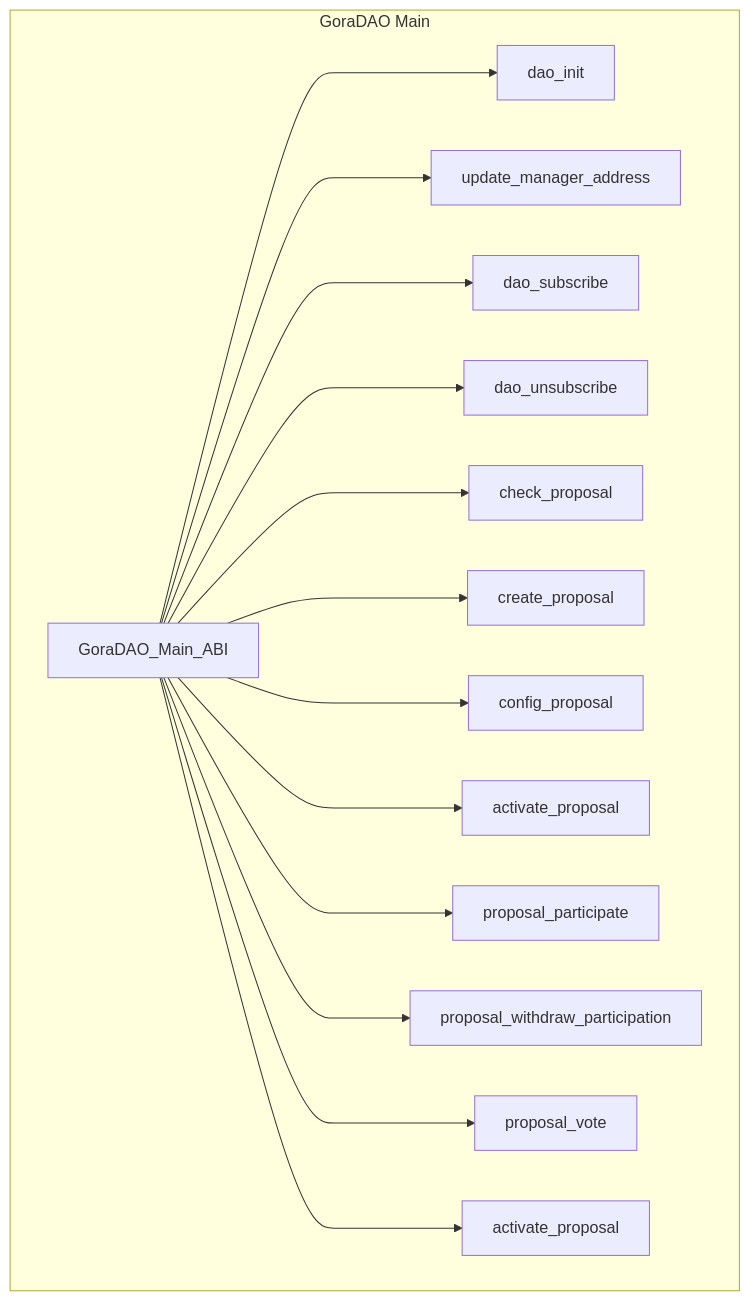
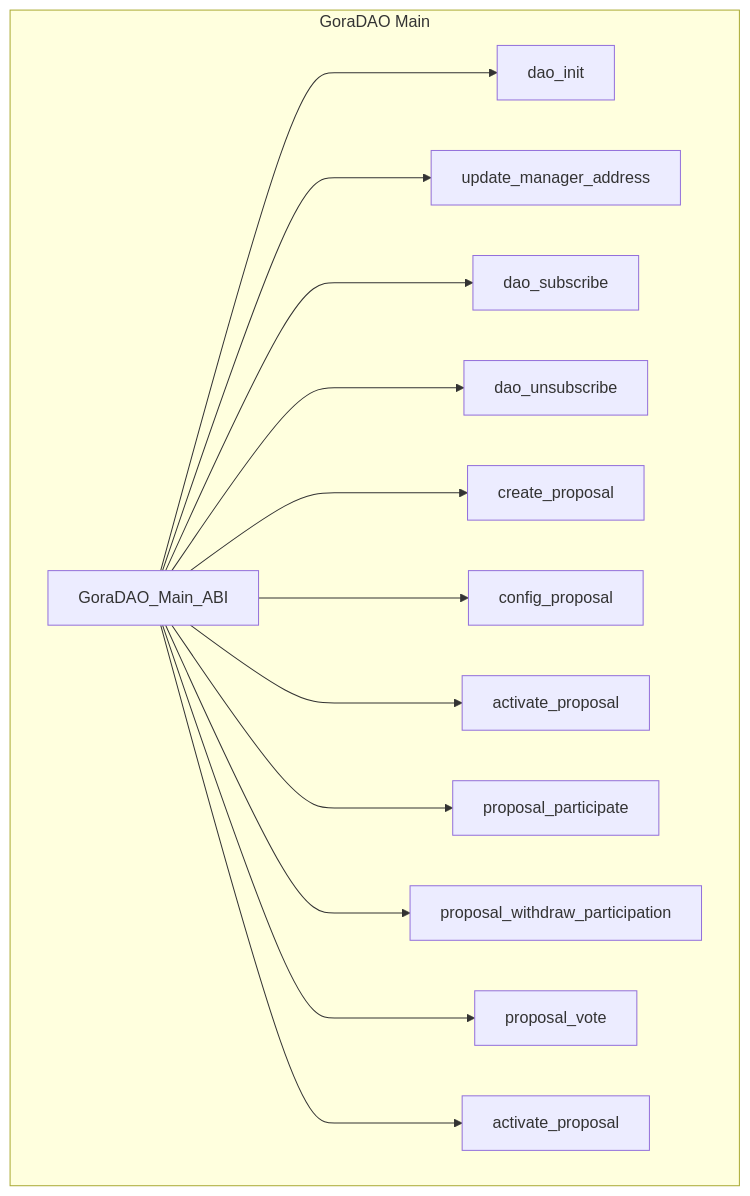
The sixth of 7 diagrams in README.md (GoraNetwork/gora-dao-smartcontracts), drawn with Mermaid before and after one commit.

````diff
--- a/README.md
+++ b/README.md
@@ -213,37 +213,37 @@
 ```mermaid
 
 graph TB
  
       subgraph GoraDAO Main
             GoraDAO_Main[GoraDAO_Main_ABI]
             DAO_Init[dao_init]
             Update_Manager_address[update_manager_address]
             DAO_Subscribe[dao_subscribe]
             DAO_Unsubscribe[dao_unsubscribe]
-            Check_Before_Proposal[check_proposal]
+       
             Create_Proposal[create_proposal]
             Configure_Proposal[config_proposal]
             Activate_Voting[activate_proposal]
             Proposal_Participate[proposal_participate]
             Proposal_Withdraw_Participation[proposal_withdraw_participation]
             Proposal_Vote[proposal_vote]
             Force_Close_Proposal[activate_proposal]
        
         end
       
 
       GoraDAO_Main[GoraDAO_Main_ABI] ---> DAO_Init
       GoraDAO_Main[GoraDAO_Main_ABI] ---> Update_Manager_address
       GoraDAO_Main[GoraDAO_Main_ABI] ---> DAO_Subscribe
       GoraDAO_Main[GoraDAO_Main_ABI] ---> DAO_Unsubscribe
-      GoraDAO_Main[GoraDAO_Main_ABI] ---> Check_Before_Proposal
+
       GoraDAO_Main[GoraDAO_Main_ABI] ---> Create_Proposal
       GoraDAO_Main[GoraDAO_Main_ABI] ---> Configure_Proposal
       GoraDAO_Main[GoraDAO_Main_ABI] ---> Activate_Voting
       GoraDAO_Main[GoraDAO_Main_ABI] ---> Proposal_Participate
       GoraDAO_Main[GoraDAO_Main_ABI] ---> Proposal_Withdraw_Participation
       GoraDAO_Main[GoraDAO_Main_ABI] ---> Proposal_Vote
       GoraDAO_Main[GoraDAO_Main_ABI] ---> Force_Close_Proposal
  
 
 ```
````
